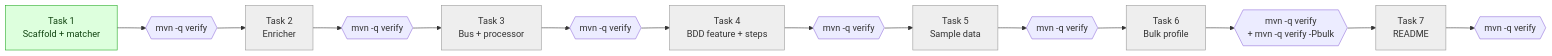
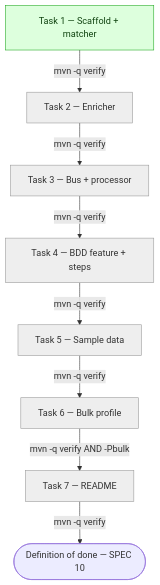
The ninth of 10 diagrams in docs/ARCHITECTURE.md (Cozentus-Technologies/DSV-test-assignement), drawn with Mermaid before and after one commit. The commit also changed other lines of this file and 1 other file, not shown here.

First line of the commit message:
docs: test plan, BDD feature file, and Word export

````diff
--- a/docs/ARCHITECTURE.md
+++ b/docs/ARCHITECTURE.md
@@ -364,24 +362,23 @@
 ```mermaid
-flowchart LR
-    T1["Task 1<br/>Scaffold + matcher"]
-    G1{{"mvn -q verify"}}
-    T2["Task 2<br/>Enricher"]
-    G2{{"mvn -q verify"}}
-    T3["Task 3<br/>Bus + processor"]
-    G3{{"mvn -q verify"}}
-    T4["Task 4<br/>BDD feature + steps"]
-    G4{{"mvn -q verify"}}
-    T5["Task 5<br/>Sample data"]
-    G5{{"mvn -q verify"}}
-    T6["Task 6<br/>Bulk profile"]
-    G6{{"mvn -q verify<br/>+ mvn -q verify -Pbulk"}}
-    T7["Task 7<br/>README"]
-    G7{{"mvn -q verify"}}
+flowchart TD
+    T1["Task 1 — Scaffold + matcher"]
+    T2["Task 2 — Enricher"]
+    T3["Task 3 — Bus + processor"]
+    T4["Task 4 — BDD feature + steps"]
+    T5["Task 5 — Sample data"]
+    T6["Task 6 — Bulk profile"]
+    T7["Task 7 — README"]
 
-    T1 --> G1 --> T2 --> G2 --> T3 --> G3 --> T4 --> G4 --> T5 --> G5 --> T6 --> G6 --> T7 --> G7
+    T1 -->|"mvn -q verify"| T2
+    T2 -->|"mvn -q verify"| T3
+    T3 -->|"mvn -q verify"| T4
+    T4 -->|"mvn -q verify"| T5
+    T5 -->|"mvn -q verify"| T6
+    T6 -->|"mvn -q verify AND -Pbulk"| T7
+    T7 -->|"mvn -q verify"| DONE(["Definition of done — SPEC 10"])
 
     classDef done fill:#dfd,stroke:#2a2,color:#141;
     classDef pending fill:#eee,stroke:#999,color:#333;
     class T1 done
     class T2,T3,T4,T5,T6,T7 pending
 ```
````
